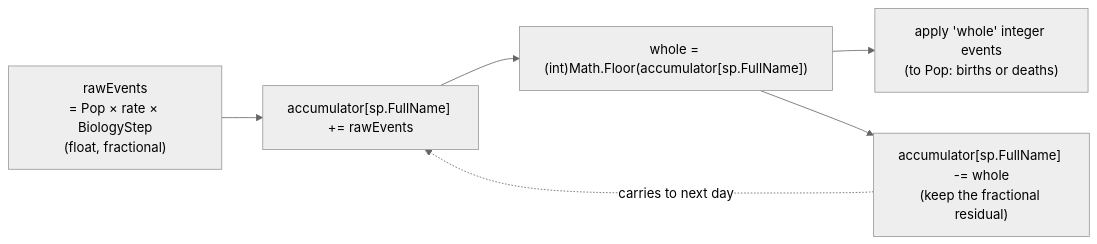
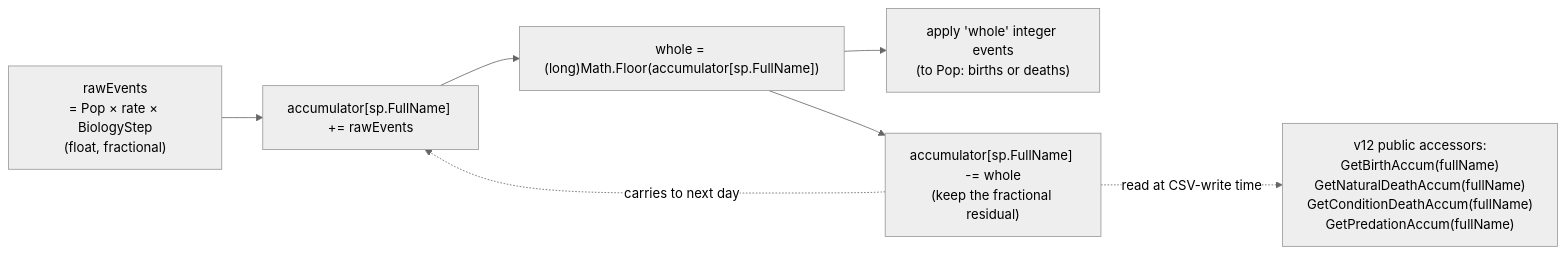
Before and after one commit to Ghostlab-Studios/tinysea: the diagram in docs/diagrams/accumulator-pattern.md, drawn with Mermaid (neutral theme). The commit also changed other lines of this file and 56 other files, not shown here.

````diff
--- a/docs/diagrams/accumulator-pattern.md
+++ b/docs/diagrams/accumulator-pattern.md
@@ -5,8 +5,9 @@
 ```mermaid
 flowchart LR
     Raw["rawEvents<br/>= Pop × rate × BiologyStep<br/>(float, fractional)"] --> Add["accumulator[sp.FullName] += rawEvents"]
-    Add --> Floor["whole = (int)Math.Floor(accumulator[sp.FullName])"]
+    Add --> Floor["whole = (long)Math.Floor(accumulator[sp.FullName])"]
     Floor --> Apply["apply 'whole' integer events<br/>(to Pop: births or deaths)"]
     Floor --> Residual["accumulator[sp.FullName] -= whole<br/>(keep the fractional residual)"]
-    Residual -.carries to next day.-> Add
+    Residual -. carries to next day .-> Add
+    Residual -. read at CSV-write time .-> Accessor["v12 public accessors:<br/>GetBirthAccum(fullName)<br/>GetNaturalDeathAccum(fullName)<br/>GetConditionDeathAccum(fullName)<br/>GetPredationAccum(fullName)"]
 ```
````
